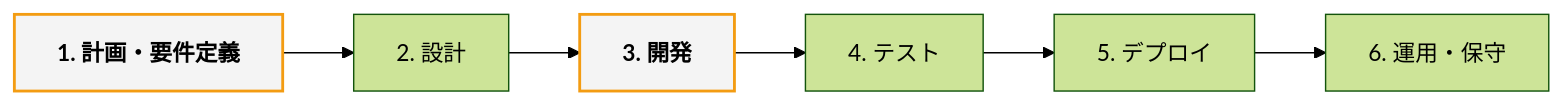
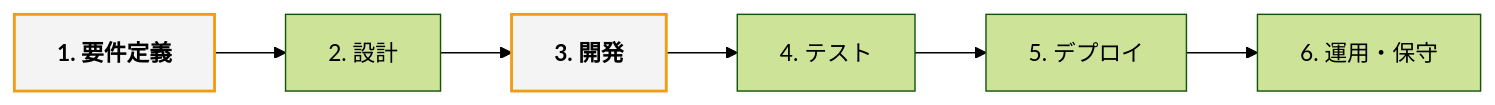
Before and after one commit to kkokoko/co-creation-with-genai: the first of 2 diagrams in 2024/4_webapp_dev_with_ai/readme.md, drawn with Mermaid (forest theme). The commit also changed other lines of this file and 2 other files, not shown here.

````diff
--- a/2024/4_webapp_dev_with_ai/readme.md
+++ b/2024/4_webapp_dev_with_ai/readme.md
@@ -218,12 +318,12 @@
 ```mermaid
 graph LR
-  A[1. 計画・要件定義] --> B[2. 設計]
+  A[1. 要件定義] --> B[2. 設計]
   B --> C[3. 開発]
   C --> D[4. テスト]
   D --> E[5. デプロイ]
   E --> F[6. 運用・保守] 
 
 classDef emphasized fill:#f4f4f4,stroke:#f39c12,stroke-width:2px,font-weight:bold;
 class A,C emphasized;
  
 ```
````
